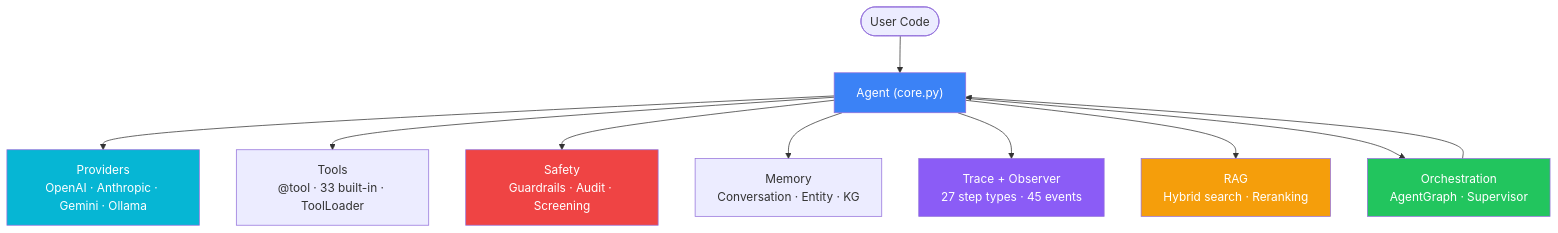
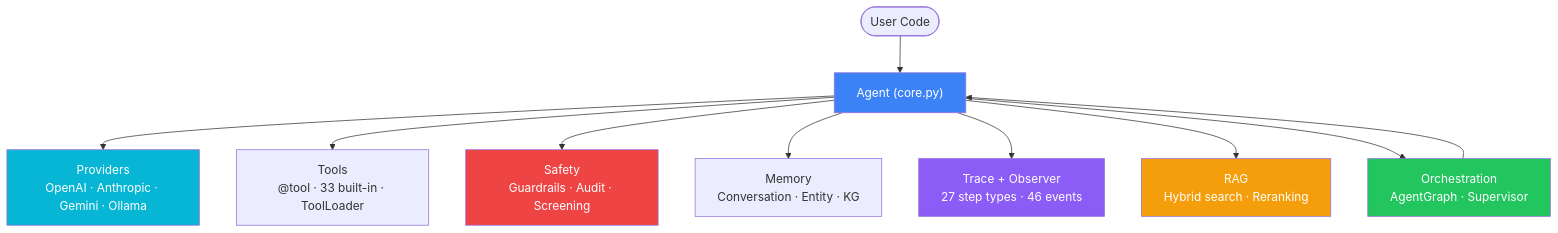
Before and after one commit to johnnichev/selectools: the second of 9 diagrams in docs/ARCHITECTURE.md, drawn with Mermaid. The commit also changed other lines of this file and 6 other files, not shown here.

````diff
--- a/docs/ARCHITECTURE.md
+++ b/docs/ARCHITECTURE.md
@@ -84,19 +84,19 @@
 ```mermaid
 graph TD
     User([User Code]) --> Agent["Agent (core.py)"]
     Agent --> Providers["Providers\nOpenAI · Anthropic · Gemini · Ollama"]
     Agent --> Tools["Tools\n@tool · 33 built-in · ToolLoader"]
     Agent --> Safety["Safety\nGuardrails · Audit · Screening"]
     Agent --> Memory["Memory\nConversation · Entity · KG"]
-    Agent --> Trace["Trace + Observer\n27 step types · 45 events"]
+    Agent --> Trace["Trace + Observer\n27 step types · 46 events"]
     Agent --> RAG["RAG\nHybrid search · Reranking"]
     Agent --> Orchestration["Orchestration\nAgentGraph · Supervisor"]
     Orchestration --> Agent
 
     style Agent fill:#3b82f6,color:#fff
     style Providers fill:#06b6d4,color:#fff
     style Safety fill:#ef4444,color:#fff
     style Trace fill:#8b5cf6,color:#fff
     style RAG fill:#f59e0b,color:#fff
     style Orchestration fill:#22c55e,color:#fff
 ```
````
